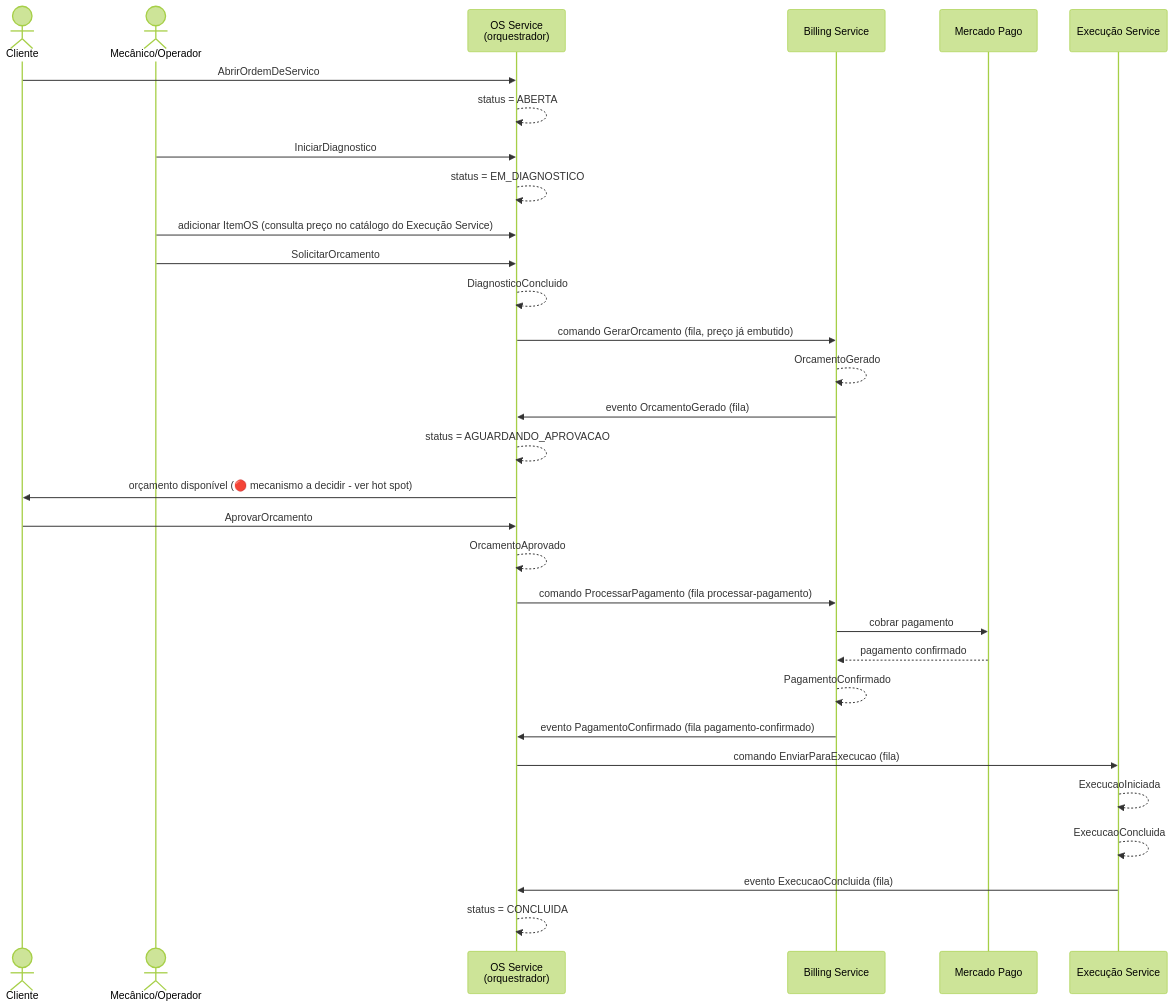
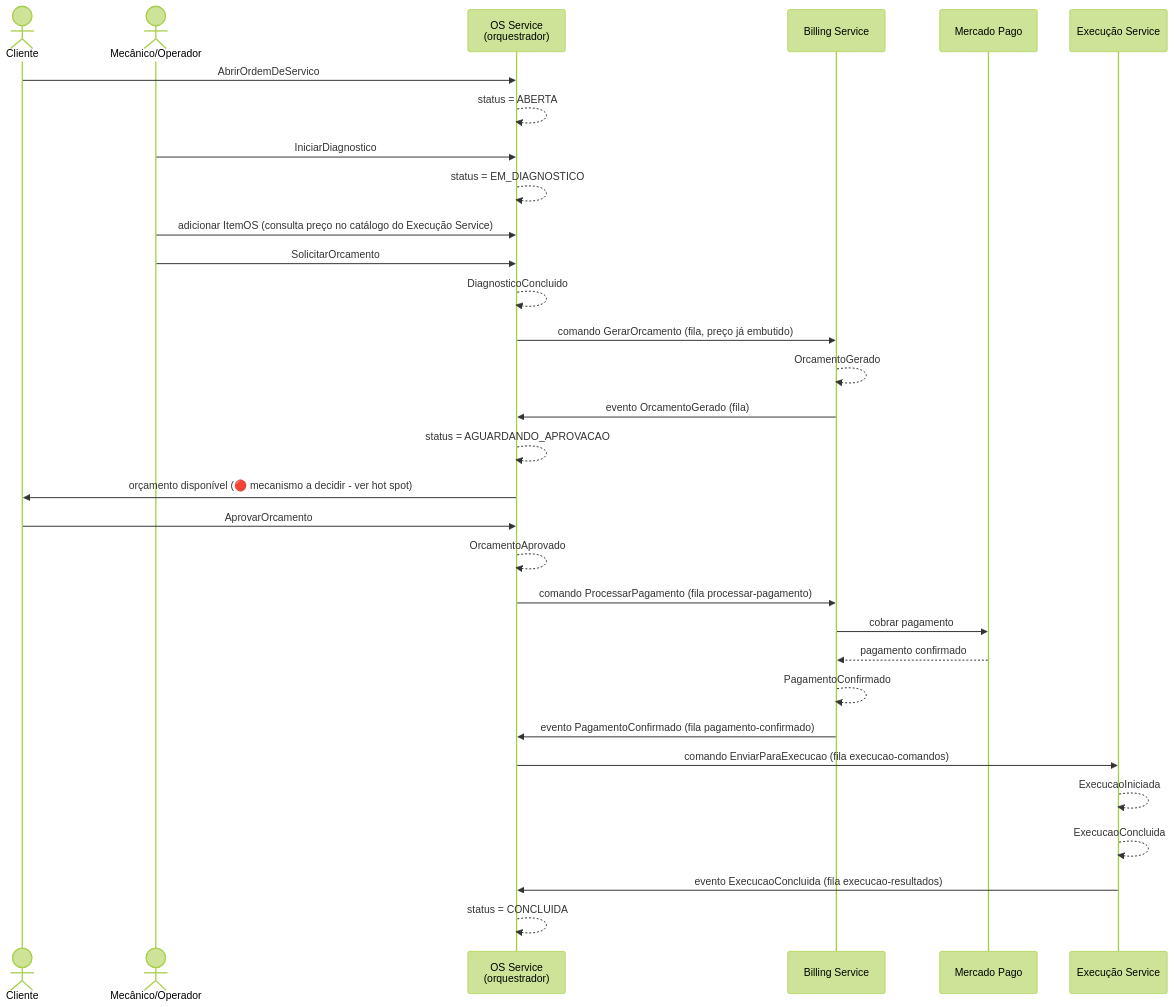
One commit to pisanohub/oficina_fiap changed the diagram in documentacao/event-storming-saga-v1.md. Above: the diagram before and after it, drawn with Mermaid (forest theme). The commit also changed other lines of this file and 2 other files, not shown here.

Commit message:
docs: renomeia filas do Execucao Service nos documentos da saga

````diff
--- a/documentacao/event-storming-saga-v1.md
+++ b/documentacao/event-storming-saga-v1.md
@@ -43,36 +43,36 @@
 ```mermaid
 sequenceDiagram
     actor Cliente
     actor Operador as Mecânico/Operador
     participant OS as OS Service<br/>(orquestrador)
     participant Billing as Billing Service
     participant MP as Mercado Pago
     participant Exec as Execução Service
 
     Cliente->>OS: AbrirOrdemDeServico
     OS-->>OS: status = ABERTA
     Operador->>OS: IniciarDiagnostico
     OS-->>OS: status = EM_DIAGNOSTICO
     Operador->>OS: adicionar ItemOS (consulta preço no catálogo do Execução Service)
     Operador->>OS: SolicitarOrcamento
     OS-->>OS: DiagnosticoConcluido
     OS->>Billing: comando GerarOrcamento (fila, preço já embutido)
     Billing-->>Billing: OrcamentoGerado
     Billing->>OS: evento OrcamentoGerado (fila)
     OS-->>OS: status = AGUARDANDO_APROVACAO
     OS->>Cliente: orçamento disponível (🔴 mecanismo a decidir - ver hot spot)
 
     Cliente->>OS: AprovarOrcamento
     OS-->>OS: OrcamentoAprovado
     OS->>Billing: comando ProcessarPagamento (fila processar-pagamento)
     Billing->>MP: cobrar pagamento
     MP-->>Billing: pagamento confirmado
     Billing-->>Billing: PagamentoConfirmado
     Billing->>OS: evento PagamentoConfirmado (fila pagamento-confirmado)
 
-    OS->>Exec: comando EnviarParaExecucao (fila)
+    OS->>Exec: comando EnviarParaExecucao (fila execucao-comandos)
     Exec-->>Exec: ExecucaoIniciada
     Exec-->>Exec: ExecucaoConcluida
-    Exec->>OS: evento ExecucaoConcluida (fila)
+    Exec->>OS: evento ExecucaoConcluida (fila execucao-resultados)
     OS-->>OS: status = CONCLUIDA
 ```
````
